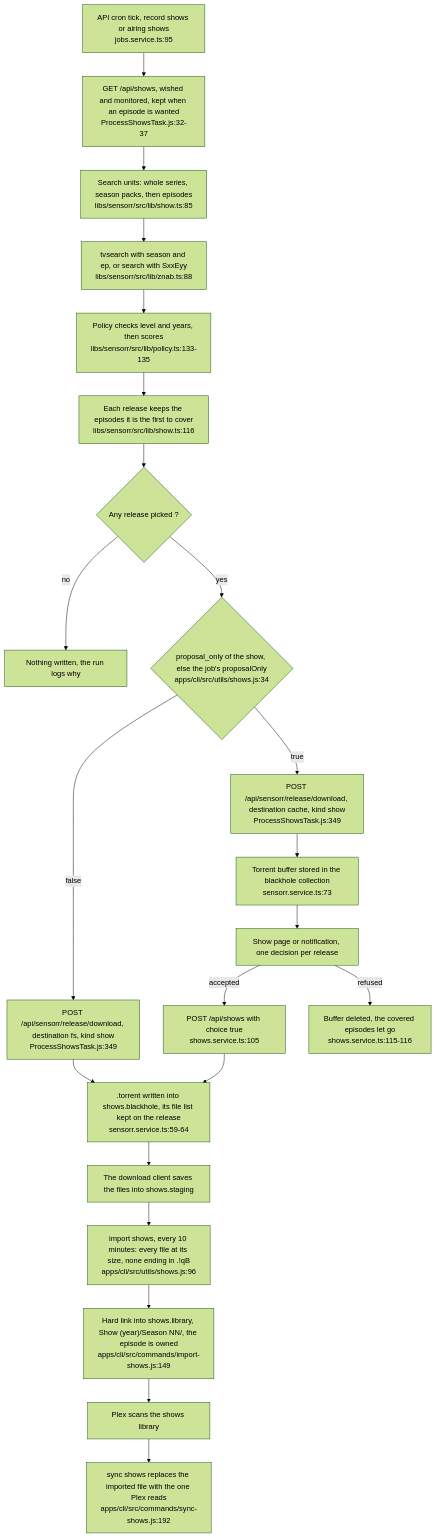
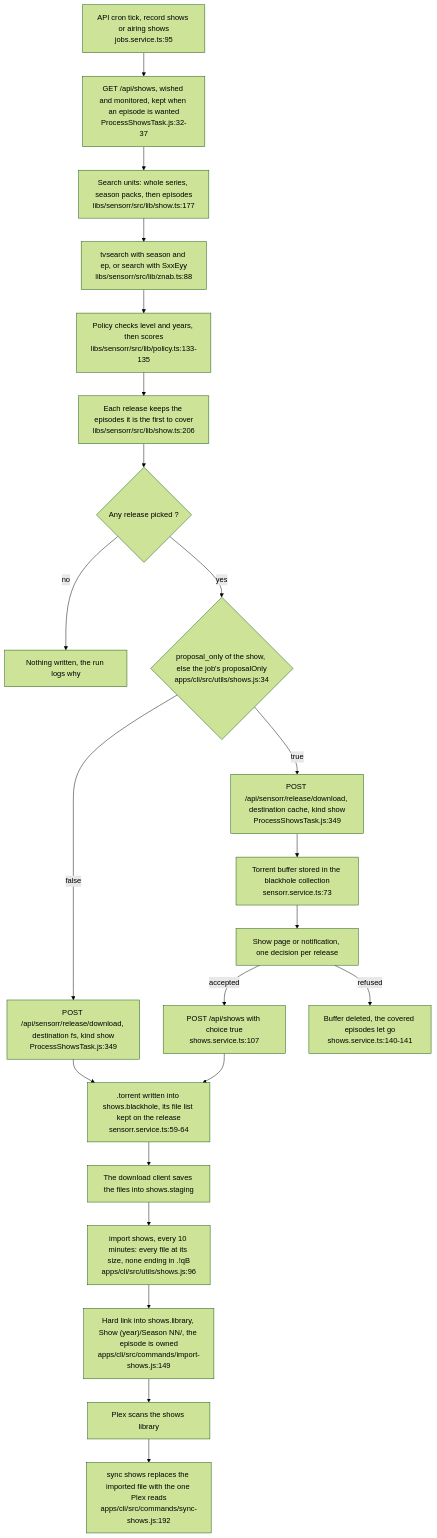
One commit to thcolin/sensorr changed the second of 2 diagrams in docs/architecture.md. Above: the diagram before and after it, drawn with Mermaid (forest theme). The commit also changed other lines of this file and 4 other files, not shown here.

````diff
--- a/docs/architecture.md
+++ b/docs/architecture.md
@@ -144,31 +144,31 @@
 ```mermaid
 flowchart TD
   cron["API cron tick, record shows or airing shows<br/>jobs.service.ts:95"] --> fetch
   fetch["GET /api/shows, wished and monitored, kept when an episode is wanted<br/>ProcessShowsTask.js:32-37"] --> units
-  units["Search units: whole series, season packs, then episodes<br/>libs/sensorr/src/lib/show.ts:85"] --> search
+  units["Search units: whole series, season packs, then episodes<br/>libs/sensorr/src/lib/show.ts:177"] --> search
   search["tvsearch with season and ep, or search with SxxEyy<br/>libs/sensorr/src/lib/znab.ts:88"] --> policy
   policy["Policy checks level and years, then scores<br/>libs/sensorr/src/lib/policy.ts:133-135"] --> pick
-  pick["Each release keeps the episodes it is the first to cover<br/>libs/sensorr/src/lib/show.ts:116"] --> picked
+  pick["Each release keeps the episodes it is the first to cover<br/>libs/sensorr/src/lib/show.ts:206"] --> picked
 
   picked{"Any release picked ?"}
   picked -->|no| stop["Nothing written, the run logs why"]
   picked -->|yes| branch
 
   branch{"proposal_only of the show, else the job's proposalOnly<br/>apps/cli/src/utils/shows.js:34"}
   branch -->|false| dlfs["POST /api/sensorr/release/download, destination fs, kind show<br/>ProcessShowsTask.js:349"]
   branch -->|true| dlcache["POST /api/sensorr/release/download, destination cache, kind show<br/>ProcessShowsTask.js:349"]
 
   dlfs --> blackhole[".torrent written into shows.blackhole, its file list kept on the release<br/>sensorr.service.ts:59-64"]
   dlcache --> cached["Torrent buffer stored in the blackhole collection<br/>sensorr.service.ts:73"]
 
   cached --> review["Show page or notification, one decision per release"]
-  review -->|accepted| accept["POST /api/shows with choice true<br/>shows.service.ts:105"]
-  review -->|refused| refuse["Buffer deleted, the covered episodes let go<br/>shows.service.ts:115-116"]
+  review -->|accepted| accept["POST /api/shows with choice true<br/>shows.service.ts:107"]
+  review -->|refused| refuse["Buffer deleted, the covered episodes let go<br/>shows.service.ts:140-141"]
   accept --> blackhole
 
   blackhole --> client["The download client saves the files into shows.staging"]
   client --> import["import shows, every 10 minutes: every file at its size, none ending in .!qB<br/>apps/cli/src/utils/shows.js:96"]
   import --> link["Hard link into shows.library, Show (year)/Season NN/, the episode is owned<br/>apps/cli/src/commands/import-shows.js:149"]
   link --> plex["Plex scans the shows library"]
   plex --> sync["sync shows replaces the imported file with the one Plex reads<br/>apps/cli/src/commands/sync-shows.js:192"]
 ```
````
